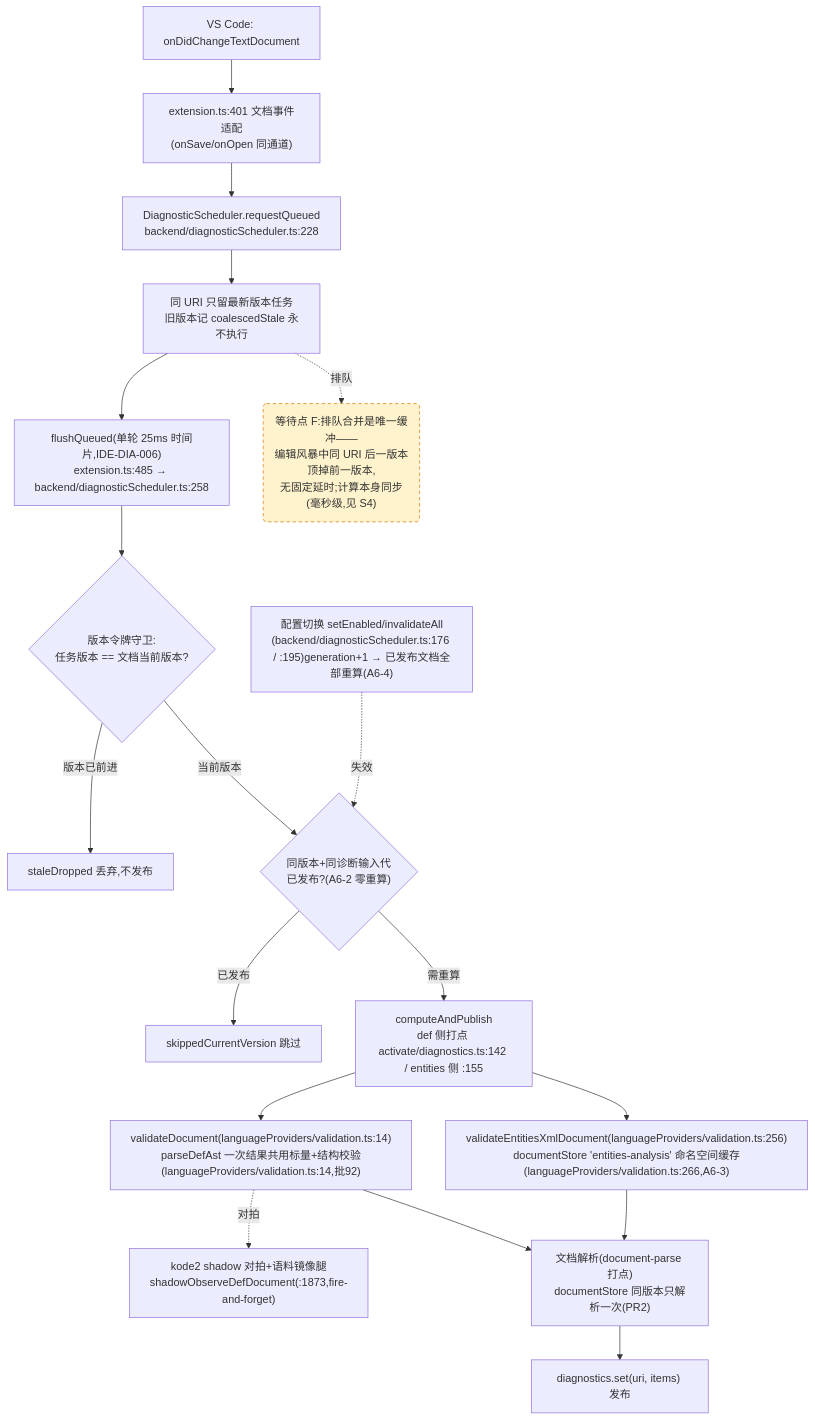
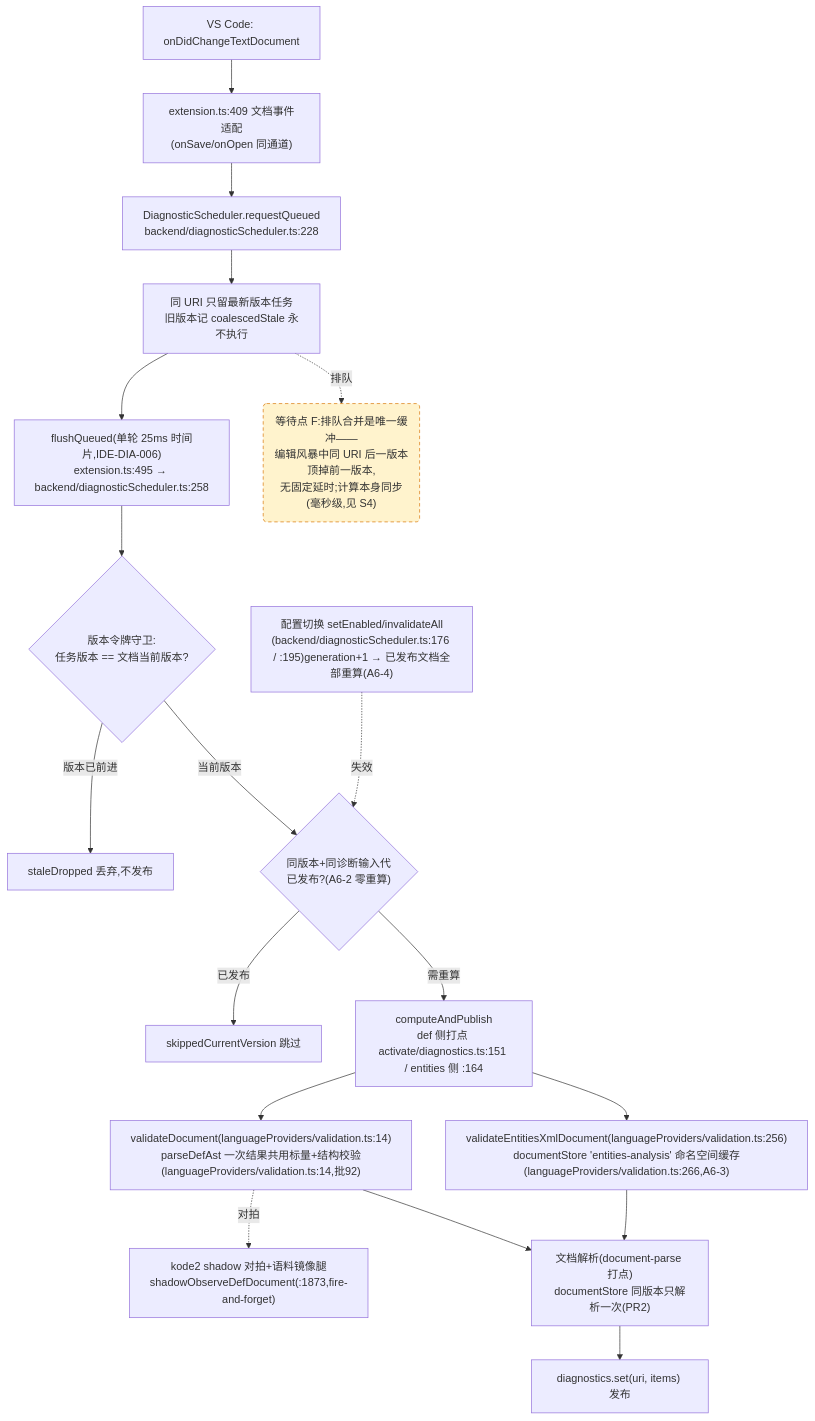
One commit to cuihairu/kode changed the fourth of 4 diagrams in docs/perf/2026-baseline.md. Above: the diagram before and after it, drawn with Mermaid. The commit also changed 16 other files, not shown here.

````diff
--- a/docs/perf/2026-baseline.md
+++ b/docs/perf/2026-baseline.md
@@ -214,38 +214,38 @@
 ```mermaid
 flowchart TD
   CHG["VS Code: onDidChangeTextDocument"]
-  WATCH["extension.ts:401 文档事件适配<br/>(onSave/onOpen 同通道)"]
+  WATCH["extension.ts:409 文档事件适配<br/>(onSave/onOpen 同通道)"]
   RQ["DiagnosticScheduler.requestQueued<br/>backend/diagnosticScheduler.ts:228"]
   CO["同 URI 只留最新版本任务<br/>旧版本记 coalescedStale 永不执行"]
-  FL["flushQueued(单轮 25ms 时间片,IDE-DIA-006)<br/>extension.ts:485 → backend/diagnosticScheduler.ts:258"]
+  FL["flushQueued(单轮 25ms 时间片,IDE-DIA-006)<br/>extension.ts:495 → backend/diagnosticScheduler.ts:258"]
   VG{"版本令牌守卫:<br/>任务版本 == 文档当前版本?"}
   DROP["staleDropped 丢弃,不发布"]
   GEN{"同版本+同诊断输入代<br/>已发布?(A6-2 零重算)"}
   SKIP["skippedCurrentVersion 跳过"]
-  CALC["computeAndPublish<br/>def 侧打点 activate/diagnostics.ts:142 / entities 侧 :155"]
+  CALC["computeAndPublish<br/>def 侧打点 activate/diagnostics.ts:151 / entities 侧 :164"]
   VD["validateDocument(languageProviders/validation.ts:14)<br/>parseDefAst 一次结果共用标量+结构校验(languageProviders/validation.ts:14,批92)"]
   VEX["validateEntitiesXmlDocument(languageProviders/validation.ts:256)<br/>documentStore 'entities-analysis' 命名空间缓存(languageProviders/validation.ts:266,A6-3)"]
   SHDD["kode2 shadow 对拍+语料镜像腿<br/>shadowObserveDefDocument(:1873,fire-and-forget)"]
   DS["文档解析(document-parse 打点)<br/>documentStore 同版本只解析一次(PR2)"]
   PUB["diagnostics.set(uri, items) 发布"]
   CFG2["配置切换 setEnabled/invalidateAll<br/>(backend/diagnosticScheduler.ts:176 / :195)generation+1 → 已发布文档全部重算(A6-4)"]
 
   CHG --> WATCH --> RQ --> CO --> FL --> VG
   VG -- "版本已前进" --> DROP
   VG -- "当前版本" --> GEN
   GEN -- "已发布" --> SKIP
   GEN -- "需重算" --> CALC
   CALC --> VD
   CALC --> VEX
   VD --> DS
   VEX --> DS
   DS --> PUB
   VD -.->|对拍| SHDD
   CFG2 -.->|失效| GEN
 
   WAITF("等待点 F:排队合并是唯一缓冲——<br/>编辑风暴中同 URI 后一版本顶掉前一版本,<br/>无固定延时;计算本身同步(毫秒级,见 S4)")
   CO -.->|排队| WAITF
 
   classDef waitPoint fill:#fff3cd,stroke:#d97706,stroke-dasharray:5 4;
   class WAITF waitPoint;
 ```
````
